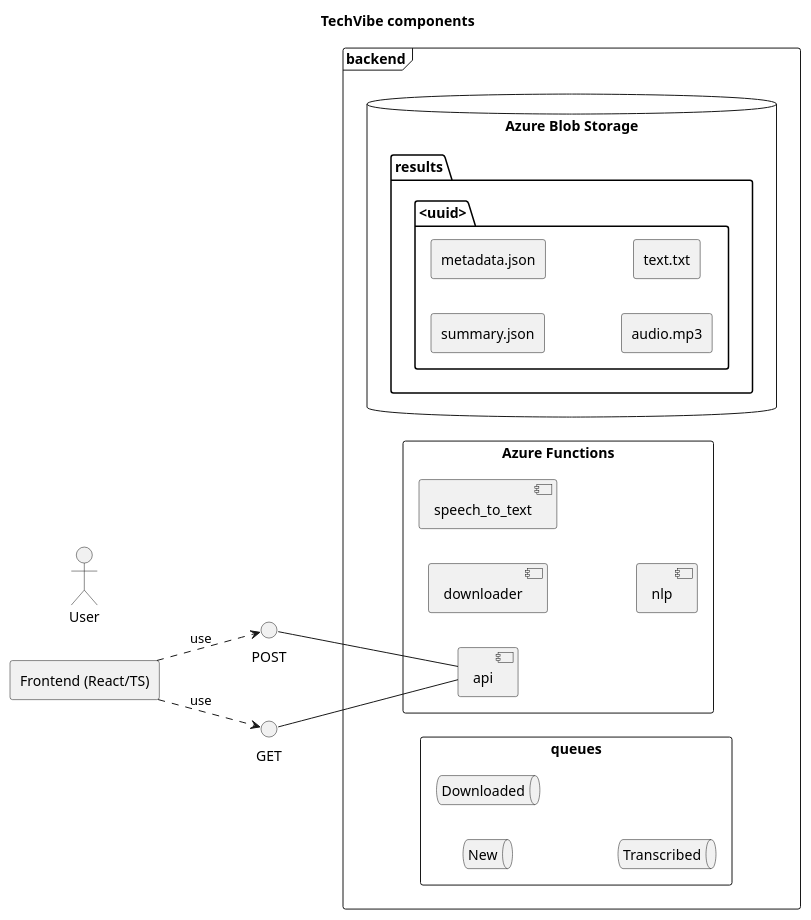
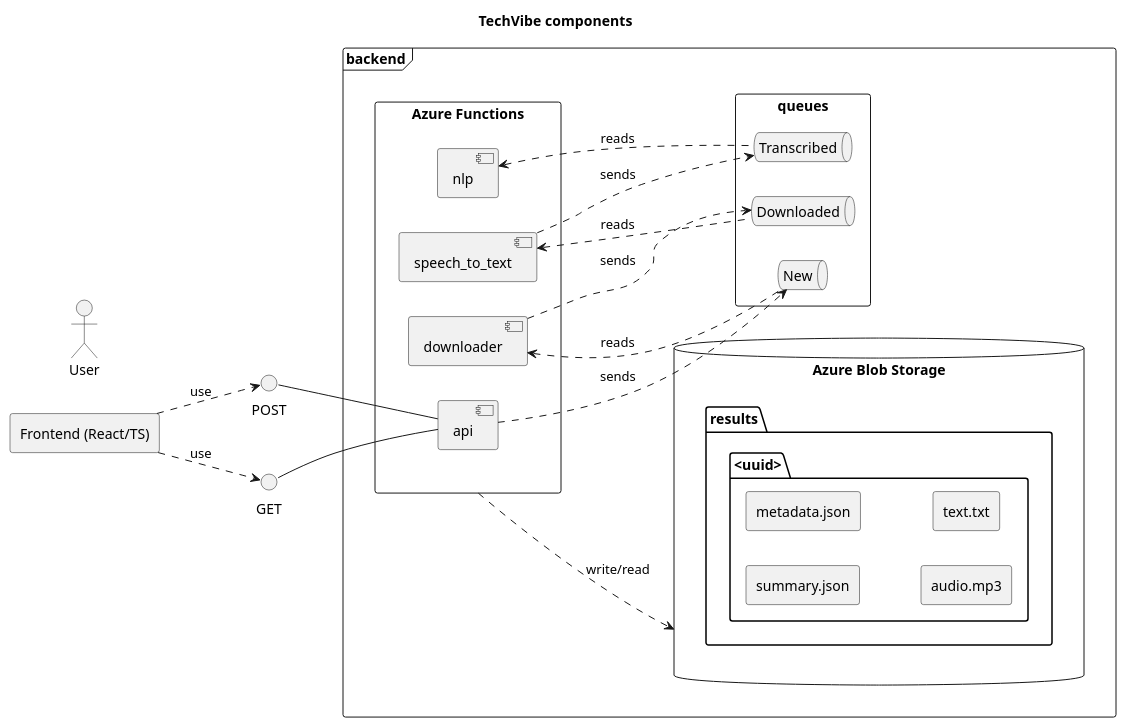
The diagram in docs/architecture.puml (Yehor-Kovalenko/TechVibe), drawn with PlantUML before and after one commit.

Commit message:
architecture relation patches

```diff
--- a/docs/architecture.puml
+++ b/docs/architecture.puml
@@ -1,44 +1,54 @@
 @startuml
 title TechVibe components
 left to right direction
 
 actor User
 
 rectangle "Frontend (React/TS)" as Frontend
 
 frame "backend" {
 database "Azure Blob Storage" as Blob {
     folder "results" {
         folder "<uuid>" {
             rectangle summary.json
             rectangle metadata.json
             rectangle audio.mp3
             rectangle text.txt
         }
    }
 }
 
 rectangle "Azure Functions" as Functions {
     component "api" as F0
     component "downloader" as F1
     component "speech_to_text" as F2
     component "nlp" as F3
 }
 
 rectangle queues {
-    queue "New" as SQ
+    queue "New" as NQ
     queue "Downloaded" as DQ
     queue "Transcribed" as TQ
 }
+
+Functions .down.> Blob: write/read
+
+F0 ..> NQ: sends
+F1 <.. NQ: reads
+F1 ..> DQ: sends
+F2 <.. DQ: reads
+F2 ..> TQ: sends
+F3 <.. TQ: reads
+
 }
 
 interface POST
 interface GET
 
 POST -down- [F0]
 GET -down- [F0]
 
 Frontend ..> POST: use
 Frontend ..> GET: use
 
 @enduml
```
